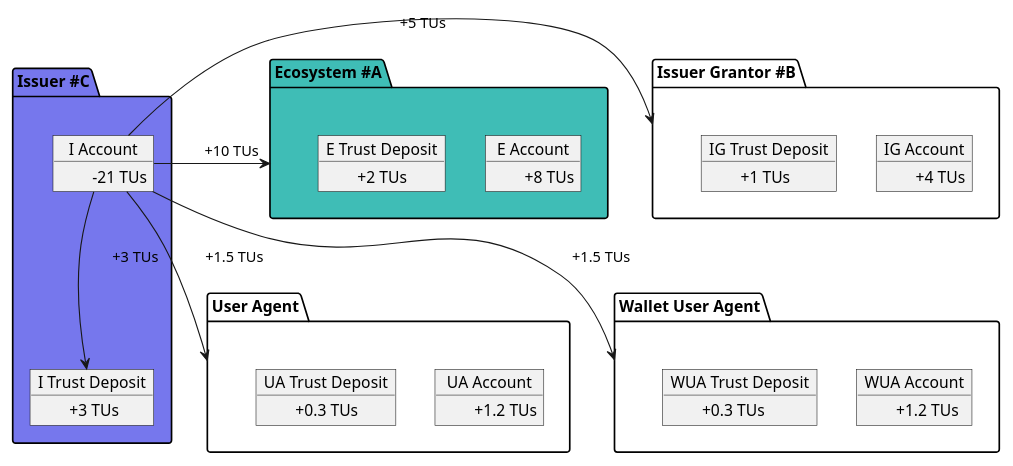
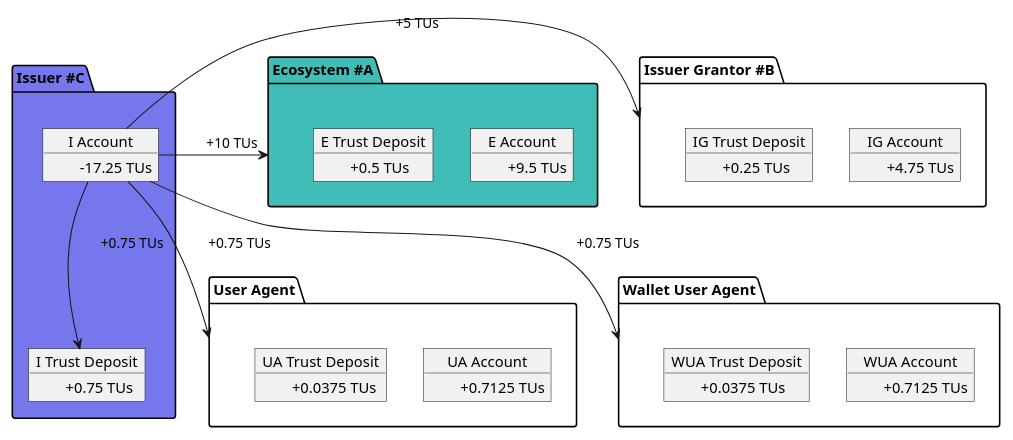
Before and after one commit to verana-labs/verifiable-trust-vpr-spec: diagram 11 of 21 in spec.md, drawn with PlantUML. The commit also changed other lines of this file and 1 other file, not shown here.

````diff
--- a/spec.md
+++ b/spec.md
@@ -868,65 +868,65 @@
 ```plantuml
 
 @startuml
 scale max 800 width
  
 
 package "Ecosystem #A" as tr #3fbdb6 {
     object "E Account" as tra {
-         \t+8 TUs
+         \t+9.5 TUs
     }
     object "E Trust Deposit" as trtd {
-         \t+2 TUs
+         \t+0.5 TUs
     }
 }
 
 package "Issuer Grantor #B" as ig {
     object "IG Account" as iga {
-        \t+4 TUs
+        \t+4.75 TUs
     }
     object "IG Trust Deposit" as igtd {
-        \t+1 TUs
+        \t+0.25 TUs
     }
 }
 package "Issuer #C" as issuer #7677ed {
     object "I Account" as issuera {
-         \t-21 TUs
+         \t-17.25 TUs
     }
     object "I Trust Deposit" as issuertd {
-         \t+3 TUs
+         \t+0.75 TUs
     }
 
 }
 
 package "User Agent" as ua {
     object "UA Account" as uaa {
-         \t+1.2 TUs
+         \t+0.7125 TUs
     }
     object "UA Trust Deposit" as uatd {
-        \t+0.3 TUs
+        \t+0.0375 TUs
     }
 
 }
 package "Wallet User Agent" as wua {
     object "WUA Account" as wuaa {
-         \t+1.2 TUs
+         \t+0.7125 TUs
     }
     object "WUA Trust Deposit" as wuatd {
-        \t+0.3 TUs
+        \t+0.0375 TUs
     }
 
 }
 
 issuera -r-> tr: \t+10 TUs
 
 issuera -r-> ig: \t+5 TUs
 
-issuera -d-> ua: \t+1.5 TUs
+issuera -d-> ua: \t+0.75 TUs
 
-issuera -d-> wua: \t+1.5 TUs
+issuera -d-> wua: \t+0.75 TUs
 
-issuera --> issuertd:  \t+3 TUs
+issuera --> issuertd:  \t+0.75 TUs
 
 @enduml
 
 ```
````
